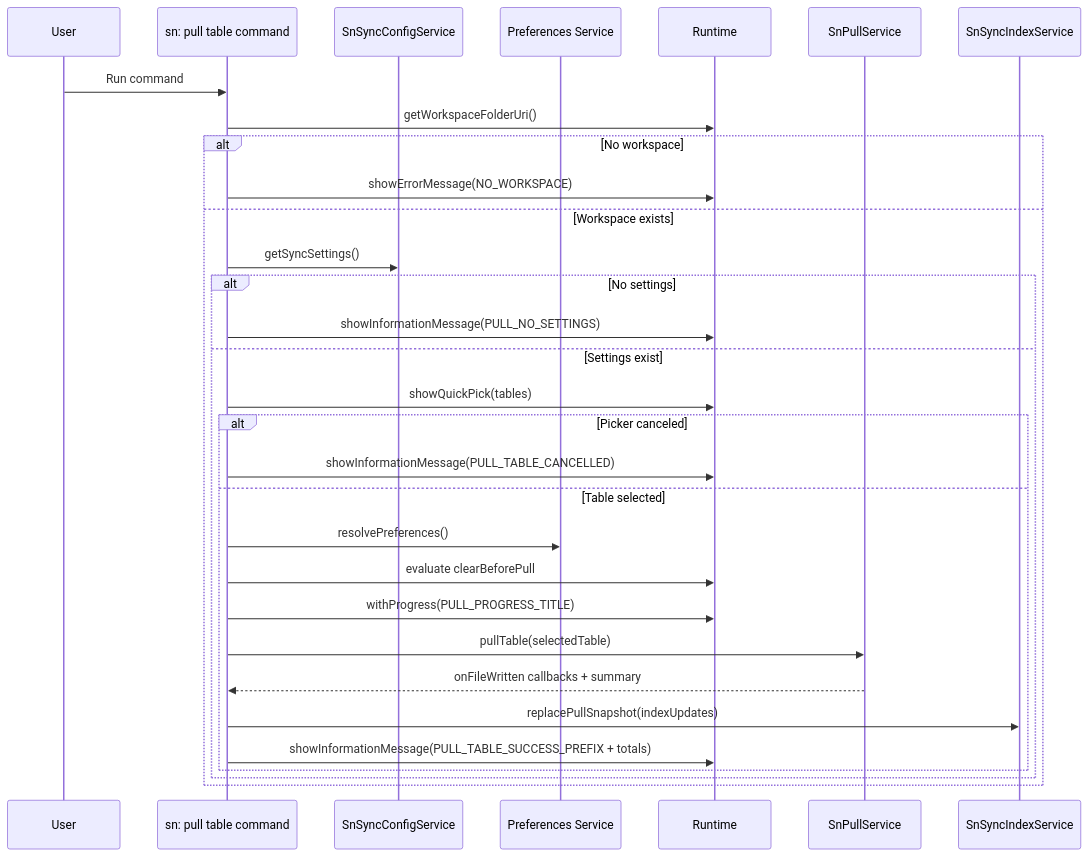
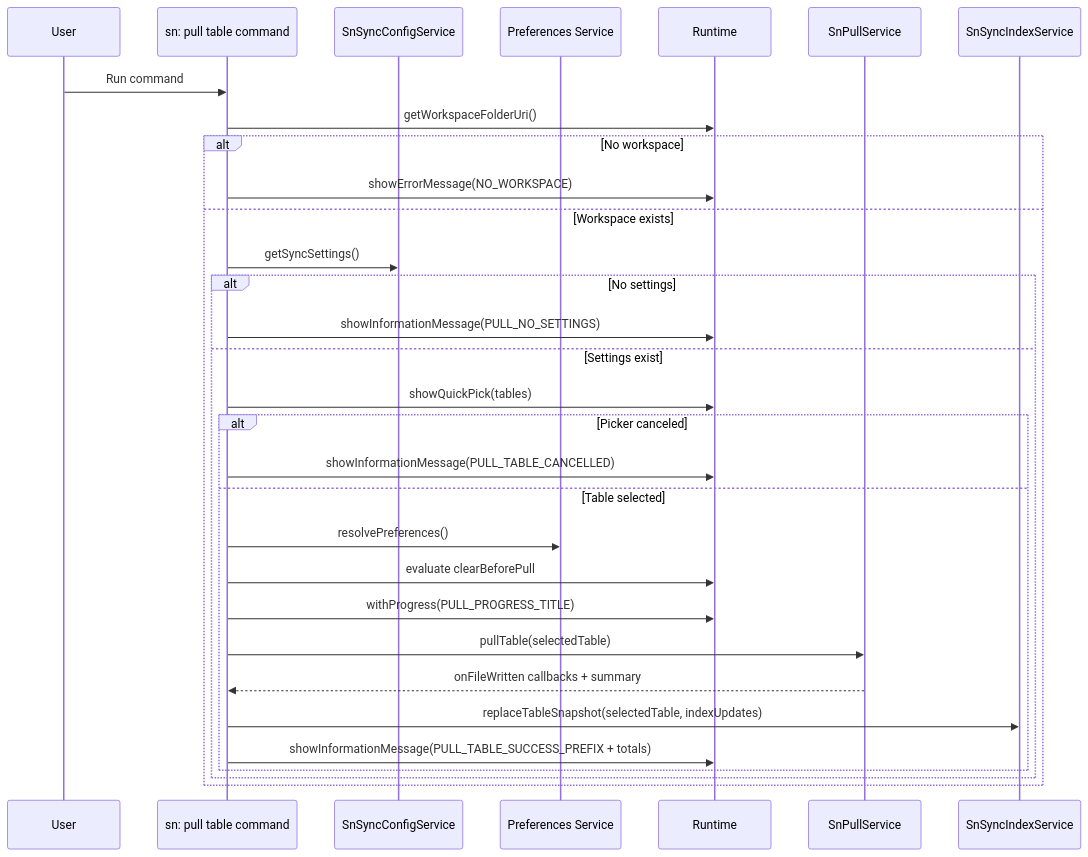
Before and after one commit to AlexAlvarez092/sn-sync: the diagram in developer-docs/sn-pull-table.md, drawn with Mermaid. The commit also changed other lines of this file, not shown here.

Commit message:
docs(pull-table): update developer-docs to reflect scoped clear and index fix

````diff
--- a/developer-docs/sn-pull-table.md
+++ b/developer-docs/sn-pull-table.md
@@ -91,34 +92,34 @@
 ```mermaid
 sequenceDiagram
    participant U as User
    participant C as sn: pull table command
    participant CFG as SnSyncConfigService
    participant PREF as Preferences Service
    participant R as Runtime
    participant P as SnPullService
    participant I as SnSyncIndexService
 
    U->>C: Run command
    C->>R: getWorkspaceFolderUri()
    alt No workspace
       C->>R: showErrorMessage(NO_WORKSPACE)
    else Workspace exists
       C->>CFG: getSyncSettings()
       alt No settings
          C->>R: showInformationMessage(PULL_NO_SETTINGS)
       else Settings exist
          C->>R: showQuickPick(tables)
          alt Picker canceled
             C->>R: showInformationMessage(PULL_TABLE_CANCELLED)
          else Table selected
             C->>PREF: resolvePreferences()
             C->>R: evaluate clearBeforePull
             C->>R: withProgress(PULL_PROGRESS_TITLE)
             C->>P: pullTable(selectedTable)
             P-->>C: onFileWritten callbacks + summary
-            C->>I: replacePullSnapshot(indexUpdates)
+            C->>I: replaceTableSnapshot(selectedTable, indexUpdates)
             C->>R: showInformationMessage(PULL_TABLE_SUCCESS_PREFIX + totals)
          end
       end
    end
 ```
````
